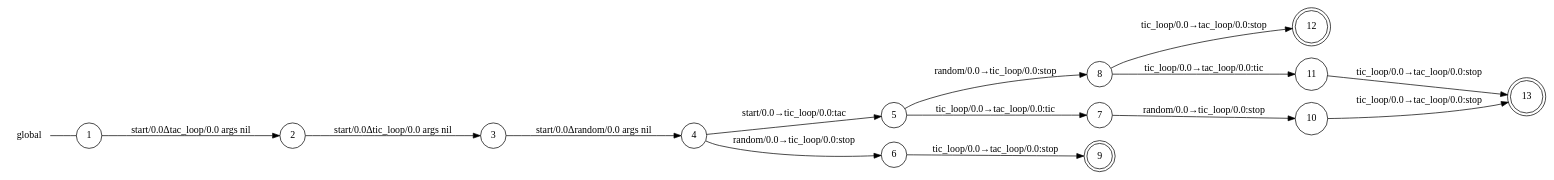
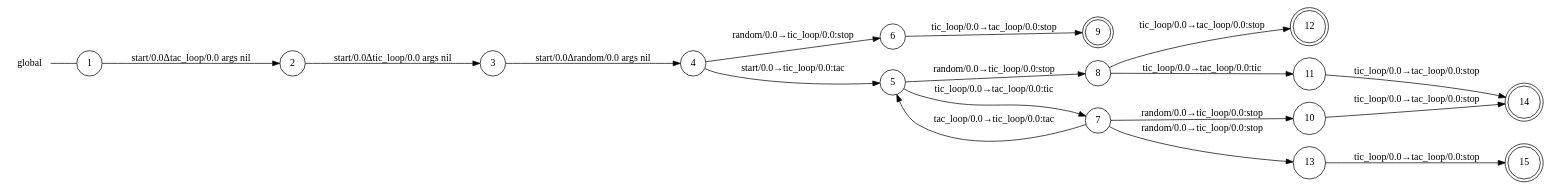
Before and after one commit to gabrielegenovese/chorer: the diagram in examples/ticktackstop/start_0_global_view.dot, drawn with Graphviz. The commit also changed 95 other files, not shown here.

Commit message:
tiny refactor db and settings module created minimize done only on graph saving globalview  now supports epsilon transitions

```diff
--- a/examples/ticktackstop/start_0_global_view.dot
+++ b/examples/ticktackstop/start_0_global_view.dot
@@ -1,32 +1,37 @@
 digraph global {
 	rankdir="LR";
 	n_0 [label="global", shape="plaintext"];
-	n_1 [id="5", shape=circle, label="5"];
-	n_2 [id="12", shape=doublecircle, label="12"];
-	n_3 [id="11", shape=circle, label="11"];
-	n_4 [id="6", shape=circle, label="6"];
-	n_5 [id="13", shape=doublecircle, label="13"];
-	n_6 [id="10", shape=circle, label="10"];
-	n_7 [id="1", shape=circle, label="1"];
-	n_0 -> n_7 [arrowhead=none];
-	n_8 [id="9", shape=doublecircle, label="9"];
-	n_9 [id="2", shape=circle, label="2"];
-	n_10 [id="8", shape=circle, label="8"];
-	n_11 [id="4", shape=circle, label="4"];
-	n_12 [id="7", shape=circle, label="7"];
-	n_13 [id="3", shape=circle, label="3"];
+	n_1 [id="14", shape=doublecircle, label="14"];
+	n_2 [id="9", shape=doublecircle, label="9"];
+	n_3 [id="8", shape=circle, label="8"];
+	n_4 [id="1", shape=circle, label="1"];
+	n_0 -> n_4 [arrowhead=none];
+	n_5 [id="7", shape=circle, label="7"];
+	n_6 [id="4", shape=circle, label="4"];
+	n_7 [id="6", shape=circle, label="6"];
+	n_8 [id="3", shape=circle, label="3"];
+	n_9 [id="12", shape=doublecircle, label="12"];
+	n_10 [id="2", shape=circle, label="2"];
+	n_11 [id="11", shape=circle, label="11"];
+	n_12 [id="15", shape=doublecircle, label="15"];
+	n_13 [id="10", shape=circle, label="10"];
+	n_14 [id="13", shape=circle, label="13"];
+	n_15 [id="5", shape=circle, label="5"];
 
-	n_13 -> n_11 [id="[$e|2]", label="start/0.0Δrandom/0.0 args nil"];
-	n_11 -> n_1 [id="[$e|3]", label="start/0.0→tic_loop/0.0:tac"];
-	n_10 -> n_3 [id="[$e|9]", label="tic_loop/0.0→tac_loop/0.0:tic"];
-	n_1 -> n_10 [id="[$e|6]", label="random/0.0→tic_loop/0.0:stop"];
-	n_12 -> n_6 [id="[$e|8]", label="random/0.0→tic_loop/0.0:stop"];
-	n_7 -> n_9 [id="[$e|0]", label="start/0.0Δtac_loop/0.0 args nil"];
-	n_10 -> n_2 [id="[$e|10]", label="tic_loop/0.0→tac_loop/0.0:stop"];
-	n_9 -> n_13 [id="[$e|1]", label="start/0.0Δtic_loop/0.0 args nil"];
-	n_3 -> n_5 [id="[$e|12]", label="tic_loop/0.0→tac_loop/0.0:stop"];
-	n_4 -> n_8 [id="[$e|7]", label="tic_loop/0.0→tac_loop/0.0:stop"];
-	n_6 -> n_5 [id="[$e|11]", label="tic_loop/0.0→tac_loop/0.0:stop"];
-	n_1 -> n_12 [id="[$e|5]", label="tic_loop/0.0→tac_loop/0.0:tic"];
-	n_11 -> n_4 [id="[$e|4]", label="random/0.0→tic_loop/0.0:stop"];
+	n_5 -> n_14 [id="[$e|11]", label="random/0.0→tic_loop/0.0:stop"];
+	n_5 -> n_13 [id="[$e|8]", label="random/0.0→tic_loop/0.0:stop"];
+	n_7 -> n_2 [id="[$e|7]", label="tic_loop/0.0→tac_loop/0.0:stop"];
+	n_15 -> n_5 [id="[$e|5]", label="tic_loop/0.0→tac_loop/0.0:tic"];
+	n_15 -> n_3 [id="[$e|6]", label="random/0.0→tic_loop/0.0:stop"];
+	n_11 -> n_1 [id="[$e|14]", label="tic_loop/0.0→tac_loop/0.0:stop"];
+	n_3 -> n_9 [id="[$e|10]", label="tic_loop/0.0→tac_loop/0.0:stop"];
+	n_6 -> n_15 [id="[$e|3]", label="start/0.0→tic_loop/0.0:tac"];
+	n_4 -> n_10 [id="[$e|0]", label="start/0.0Δtac_loop/0.0 args nil"];
+	n_6 -> n_7 [id="[$e|4]", label="random/0.0→tic_loop/0.0:stop"];
+	n_3 -> n_11 [id="[$e|9]", label="tic_loop/0.0→tac_loop/0.0:tic"];
+	n_8 -> n_6 [id="[$e|2]", label="start/0.0Δrandom/0.0 args nil"];
+	n_14 -> n_12 [id="[$e|15]", label="tic_loop/0.0→tac_loop/0.0:stop"];
+	n_13 -> n_1 [id="[$e|13]", label="tic_loop/0.0→tac_loop/0.0:stop"];
+	n_10 -> n_8 [id="[$e|1]", label="start/0.0Δtic_loop/0.0 args nil"];
+	n_5 -> n_15 [id="[$e|12]", label="tac_loop/0.0→tic_loop/0.0:tac"];
 }
```
